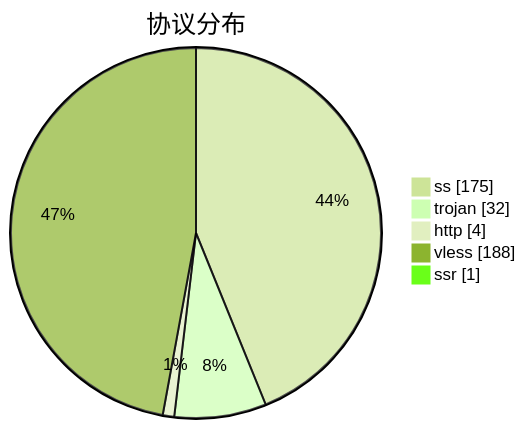
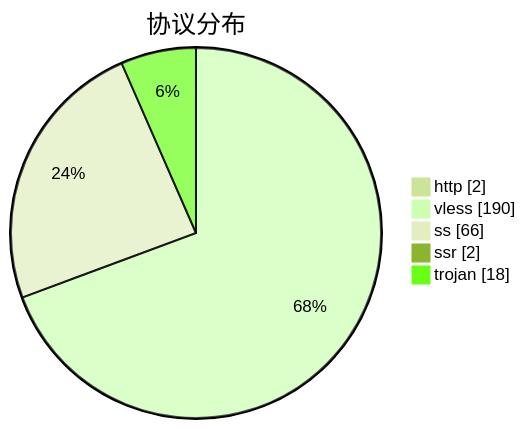
One commit to qjlxg/airport changed the third of 3 diagrams in subs/statistics/tested_within.md. Above: the diagram before and after it, drawn with Mermaid (forest theme). The commit also changed other lines of this file and 2 other files, not shown here.

````diff
--- a/subs/statistics/tested_within.md
+++ b/subs/statistics/tested_within.md
@@ -19,9 +18,9 @@
 ```mermaid
 pie showData
 title 协议分布
-"ss" : 175
-"trojan" : 32
-"http" : 4
-"vless" : 188
-"ssr" : 1
+"http" : 2
+"vless" : 190
+"ss" : 66
+"ssr" : 2
+"trojan" : 18
 ```
````
